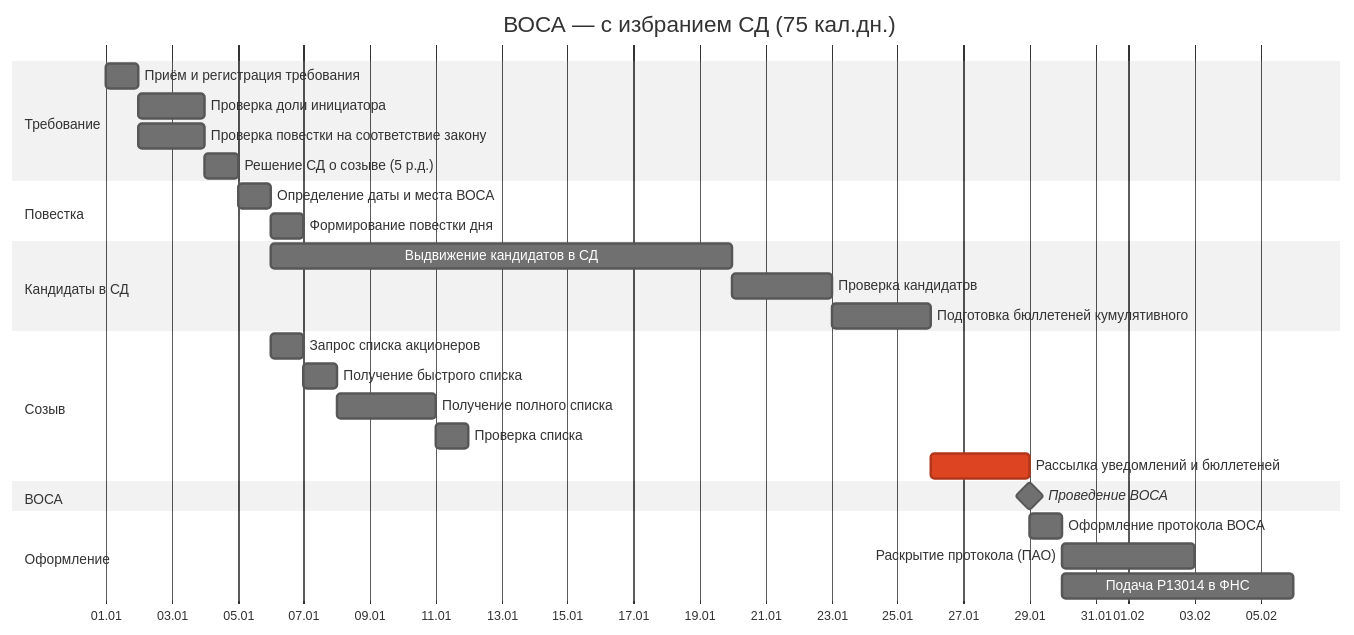
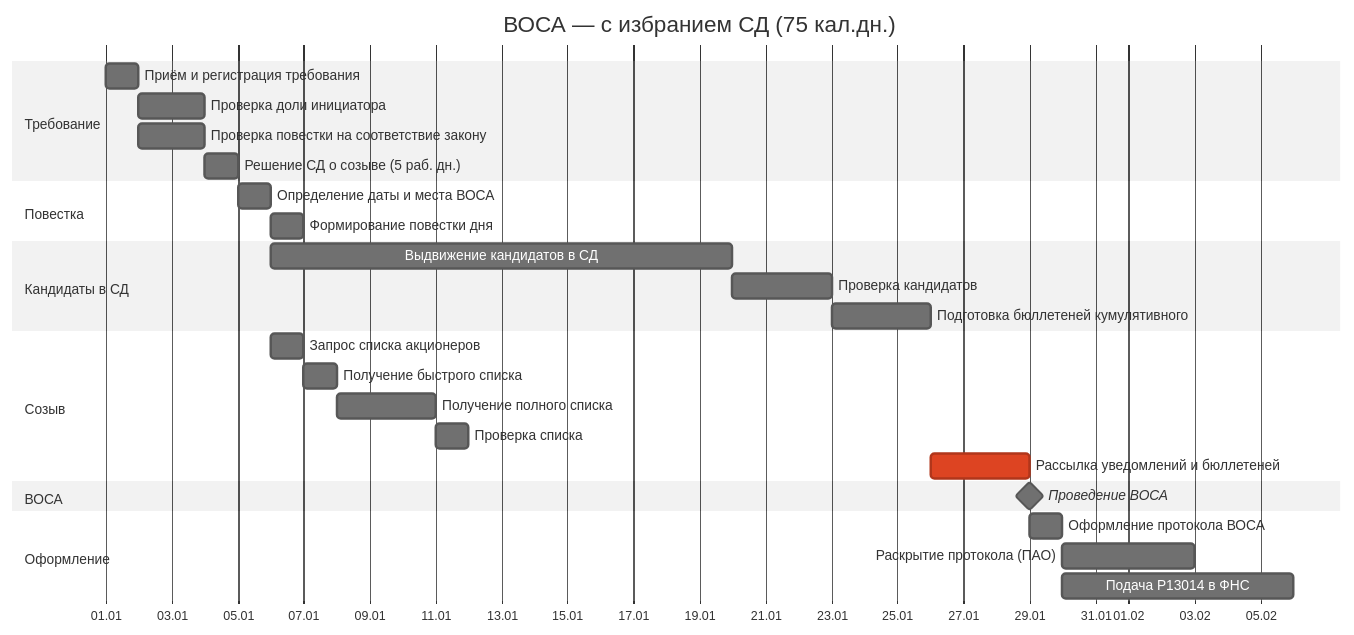
The second of 2 diagrams in docs/domain/vosa-gantt.md (arsenyuk/SamorodinkaTech.Fiducia), drawn with Mermaid (neutral theme) before and after one commit. The commit also changed other lines of this file and 12 other files, not shown here.

First line of the commit message:
feat(gantt): add SS/FS/phase gates/integration milestones conventions

````diff
--- a/docs/domain/vosa-gantt.md
+++ b/docs/domain/vosa-gantt.md
@@ -139,36 +152,36 @@
 ```mermaid
 gantt
     title ВОСА — с избранием СД (75 кал.дн.)
     dateFormat  YYYY-MM-DD
     axisFormat  %d.%m
 
     section Требование
     Приём и регистрация требования          :t1, 2026-01-01, 1d
     Проверка доли инициатора                :t2, after t1, 2d
     Проверка повестки на соответствие закону :t3, after t1, 2d
-    Решение СД о созыве (5 р.д.)            :t4, after t2 t3, 1d
+    Решение СД о созыве (5 раб. дн.)            :t4, after t2 t3, 1d
 
     section Повестка
     Определение даты и места ВОСА           :sd1, after t4, 1d
     Формирование повестки дня               :p1, after sd1, 1d
 
     section Кандидаты в СД
     Выдвижение кандидатов в СД              :k1, after sd1, 14d
     Проверка кандидатов                     :k2, after k1, 3d
     Подготовка бюллетеней кумулятивного     :k3, after k2, 3d
 
     section Созыв
     Запрос списка акционеров                :s1, after sd1, 1d
     Получение быстрого списка               :s2, after s1, 1d
     Получение полного списка                :s3, after s2, 3d
     Проверка списка                         :s4, after s3, 1d
     Рассылка уведомлений и бюллетеней       :crit, s6, after s4 k3, 3d
 
     section ВОСА
     Проведение ВОСА                         :milestone, os1, after s6, 0d
 
     section Оформление
     Оформление протокола ВОСА               :os2, after os1, 1d
     Раскрытие протокола (ПАО)              :os3, after os2, 4d
     Подача Р13014 в ФНС                     :os4, after os2, 7d
 ```
````
